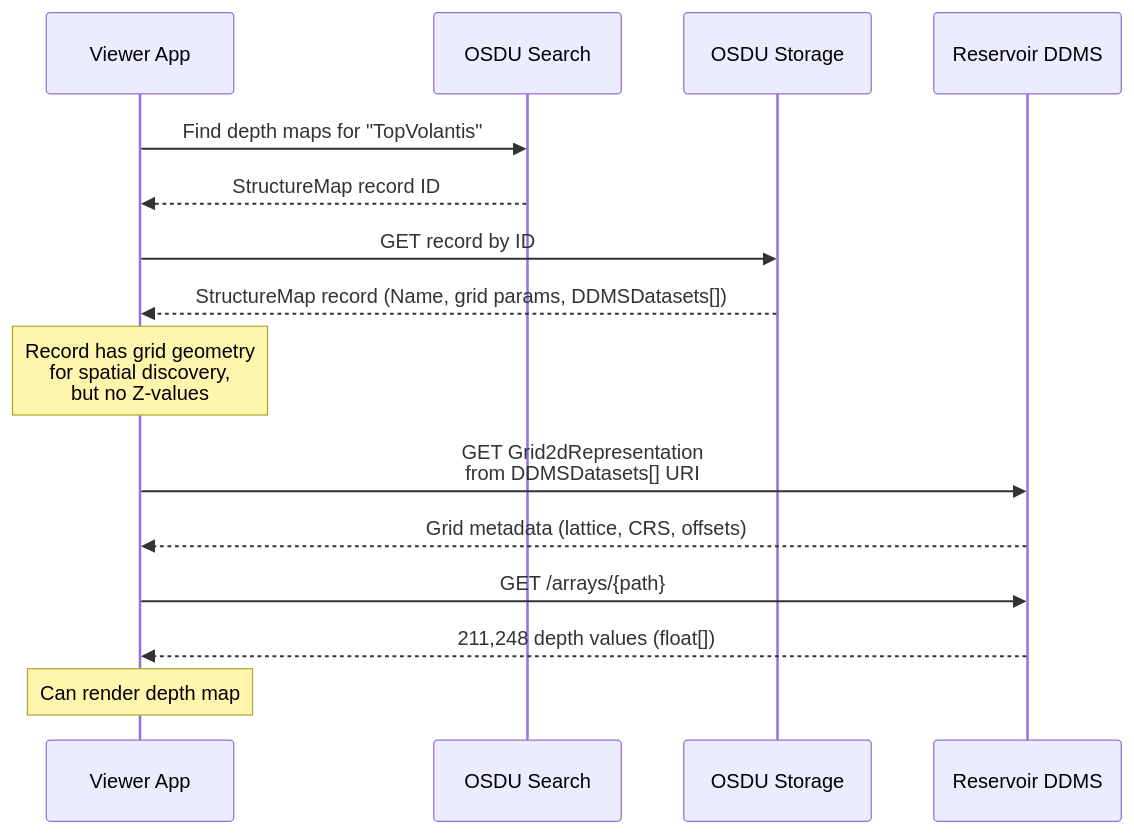
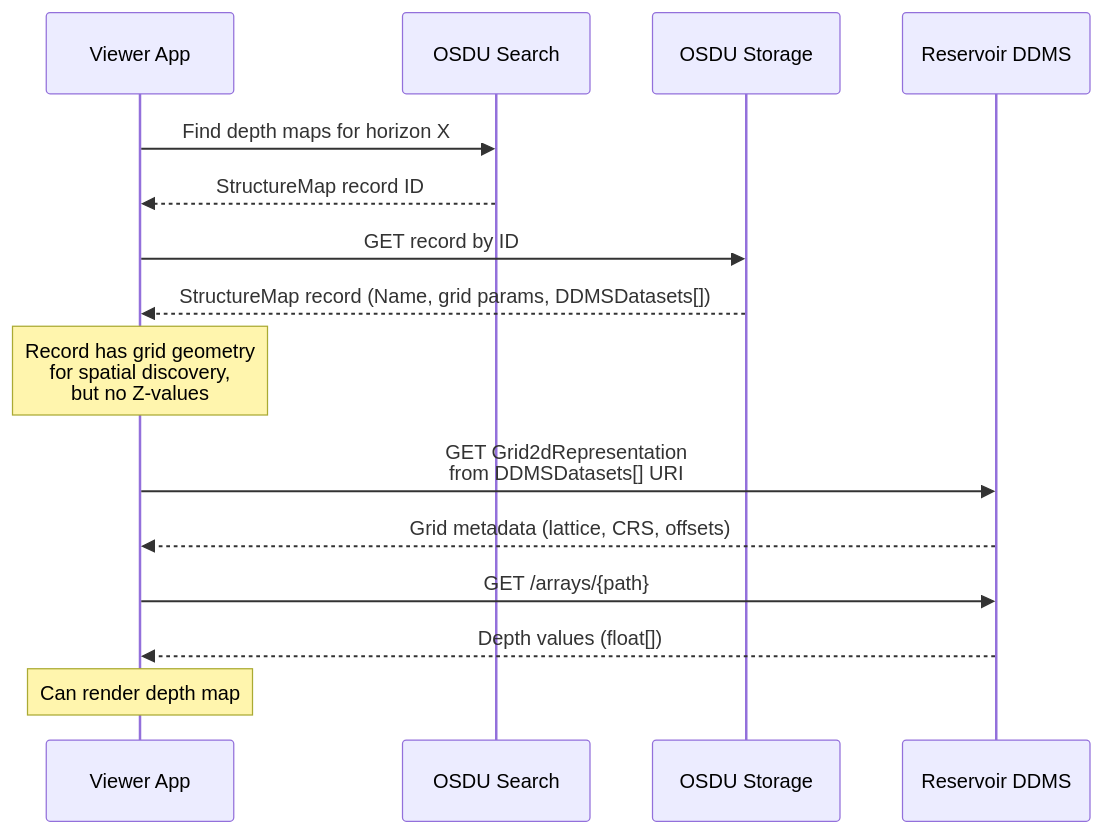
Before and after one commit to marcusapel/ores: the sixth of 8 diagrams in md/SeisInt.md, drawn with Mermaid. The commit also changed other lines of this file and 7 other files, not shown here.

````diff
--- a/md/SeisInt.md
+++ b/md/SeisInt.md
@@ -363,18 +294,18 @@
 ```mermaid
 sequenceDiagram
     participant App as Viewer App
     participant Search as OSDU Search
     participant Storage as OSDU Storage
     participant RDDMS as Reservoir DDMS
 
-    App->>Search: Find depth maps for "TopVolantis"
+    App->>Search: Find depth maps for horizon X
     Search-->>App: StructureMap record ID
     App->>Storage: GET record by ID
     Storage-->>App: StructureMap record (Name, grid params, DDMSDatasets[])
     Note over App: Record has grid geometry<br/>for spatial discovery,<br/>but no Z-values
     App->>RDDMS: GET Grid2dRepresentation<br/>from DDMSDatasets[] URI
     RDDMS-->>App: Grid metadata (lattice, CRS, offsets)
     App->>RDDMS: GET /arrays/{path}
-    RDDMS-->>App: 211,248 depth values (float[])
+    RDDMS-->>App: Depth values (float[])
     Note over App: Can render depth map
 ```
````
